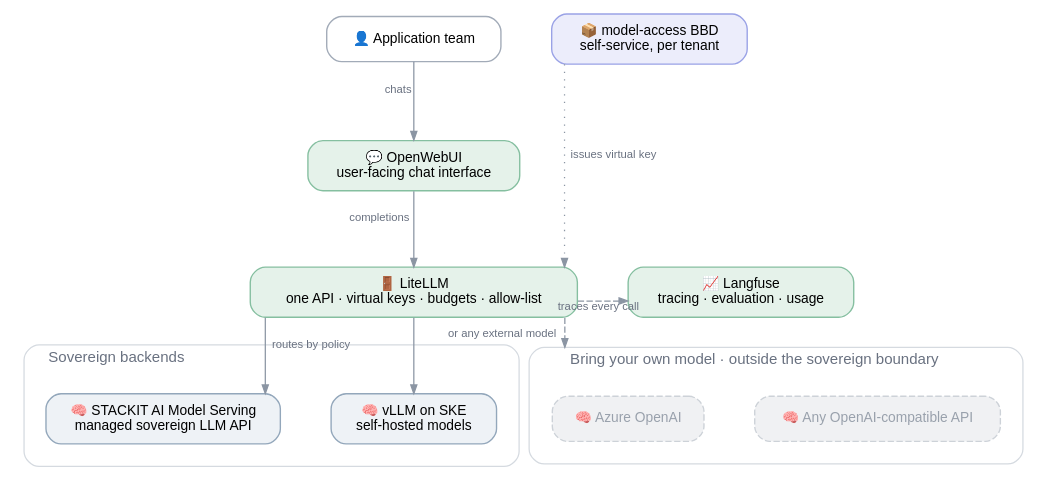
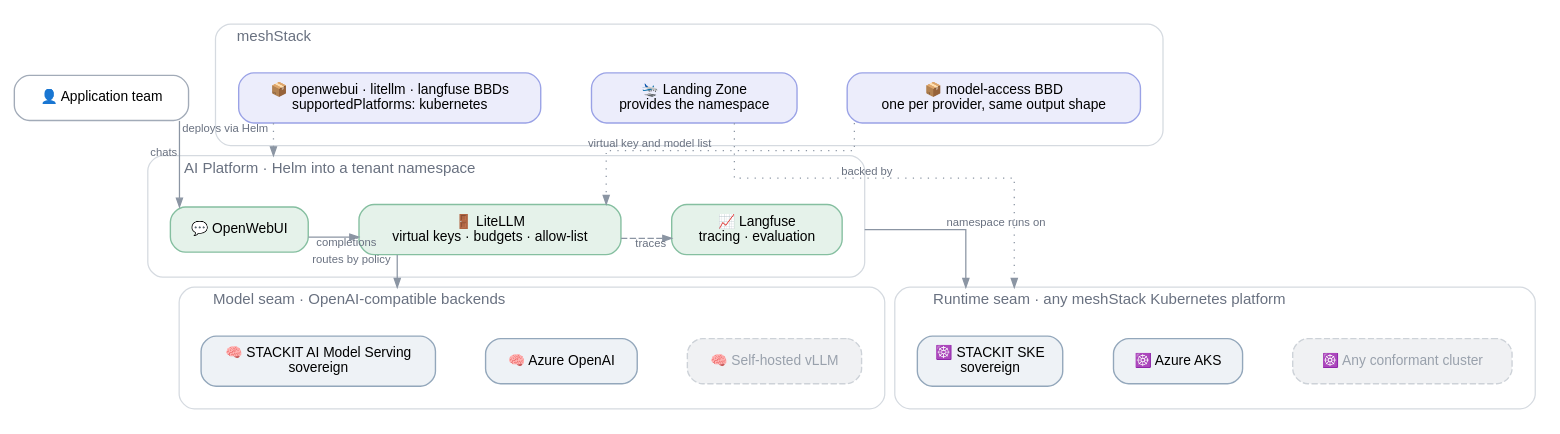
The diagram in reference-architectures/stackit-ai/stackit-ai-pluggable.dot (meshcloud/meshstack-hub), drawn with Graphviz before and after one commit. The commit also changed 4 other files, not shown here.

First line of the commit message:
feat(ref-arch): add pluggability seams and one-click delivery model

```diff
--- a/reference-architectures/stackit-ai/stackit-ai-pluggable.dot
+++ b/reference-architectures/stackit-ai/stackit-ai-pluggable.dot
@@ -1,62 +1,90 @@
 /*
- * Variant under discussion: the same gateway with pluggable model backends (bring your own model).
+ * Variant under discussion: two pluggable seams — the Kubernetes platform whose landing zone
+ * provides the namespace, and the model backends LiteLLM routes to.
  * Conventions: .agents/references/diagrams.md — render with: task diagrams
  */
 digraph stackit_ai_pluggable {
   rankdir=TB
   compound=true
   splines=ortho
   forcelabels=true
   bgcolor="white"
   nodesep=0.55
   ranksep=0.85
 
   node [shape=box style="rounded,filled" fontname="Helvetica" fontsize=11
         fillcolor="#ffffff" color="#a2abb8" penwidth=1.1 margin="0.20,0.11"]
   edge [fontname="Helvetica" fontsize=9 fontcolor="#697180" color="#8b95a3" arrowsize=0.7]
 
-  USER     [label="👤 Application team" fillcolor="#ffffff" color="#a2abb8"]
-  WEBUI    [label="💬 OpenWebUI\nuser-facing chat interface" fillcolor="#e5f2ea" color="#85bfa0"]
-  LITELLM  [label="🚪 LiteLLM\none API · virtual keys · budgets · allow-list" fillcolor="#e5f2ea" color="#85bfa0"]
-  LANGFUSE [label="📈 Langfuse\ntracing · evaluation · usage" fillcolor="#e5f2ea" color="#85bfa0"]
-  BBD_M    [label="📦 model-access BBD\nself-service, per tenant" fillcolor="#ecedfb" color="#9aa2e6"]
+  USER [label="👤 Application team" fillcolor="#ffffff" color="#a2abb8"]
 
-  { rank=same; LITELLM -> LANGFUSE [style=invis] }
-
-  USER    -> WEBUI    [xlabel="chats"]
-  WEBUI   -> LITELLM  [xlabel="completions"]
-  LITELLM -> LANGFUSE [xlabel="traces every call" style=dashed constraint=false]
-  BBD_M   -> LITELLM  [xlabel="issues virtual key" style=dotted constraint=false]
-
-  subgraph cluster_sovereign {
-    label="  Sovereign backends"
+  subgraph cluster_mesh {
+    label="  meshStack"
     labeljust=l
     fontname="Helvetica" fontsize=12 fontcolor="#697180"
     style="rounded" color="#d5dae0"
     margin=18
 
-    MODEL [label="🧠 STACKIT AI Model Serving\nmanaged sovereign LLM API" fillcolor="#eef2f6" color="#93a7bb"]
-    VLLM  [label="🧠 vLLM on SKE\nself-hosted models" fillcolor="#eef2f6" color="#93a7bb"]
+    BBD_COMP  [label="📦 openwebui · litellm · langfuse BBDs\nsupportedPlatforms: kubernetes" fillcolor="#ecedfb" color="#9aa2e6"]
+    LZ        [label="🛬 Landing Zone\nprovides the namespace" fillcolor="#ecedfb" color="#9aa2e6"]
+    BBD_MODEL [label="📦 model-access BBD\none per provider, same output shape" fillcolor="#ecedfb" color="#9aa2e6"]
 
-    { rank=same; MODEL -> VLLM [style=invis] }
+    { rank=same; BBD_COMP -> LZ -> BBD_MODEL [style=invis] }
   }
 
-  subgraph cluster_byom {
-    label="  Bring your own model · outside the sovereign boundary"
+  subgraph cluster_platform {
+    label="  AI Platform · Helm into a tenant namespace"
     labeljust=l
     fontname="Helvetica" fontsize=12 fontcolor="#697180"
     style="rounded" color="#d5dae0"
     margin=18
 
-    AZURE [label="🧠 Azure OpenAI"
-           fillcolor="#f0f1f3" color="#cdd2d8" fontcolor="#99a1ac" style="rounded,filled,dashed"]
-    OTHER [label="🧠 Any OpenAI-compatible API"
-           fillcolor="#f0f1f3" color="#cdd2d8" fontcolor="#99a1ac" style="rounded,filled,dashed"]
+    WEBUI    [label="💬 OpenWebUI" fillcolor="#e5f2ea" color="#85bfa0"]
+    LITELLM  [label="🚪 LiteLLM\nvirtual keys · budgets · allow-list" fillcolor="#e5f2ea" color="#85bfa0"]
+    LANGFUSE [label="📈 Langfuse\ntracing · evaluation" fillcolor="#e5f2ea" color="#85bfa0"]
 
-    { rank=same; AZURE -> OTHER [style=invis] }
+    { rank=same; WEBUI -> LITELLM -> LANGFUSE [style=invis] }
+
+    WEBUI   -> LITELLM  [xlabel="completions"]
+    LITELLM -> LANGFUSE [xlabel="traces" style=dashed constraint=false]
   }
 
-  LITELLM -> MODEL [xlabel="routes by policy"]
-  LITELLM -> VLLM
-  LITELLM -> AZURE [xlabel="or any external model" lhead=cluster_byom style=dashed]
+  subgraph cluster_runtime {
+    label="  Runtime seam · any meshStack Kubernetes platform"
+    labeljust=l
+    fontname="Helvetica" fontsize=12 fontcolor="#697180"
+    style="rounded" color="#d5dae0"
+    margin=18
+
+    SKE    [label="☸️ STACKIT SKE\nsovereign" fillcolor="#eef2f6" color="#93a7bb"]
+    AKS    [label="☸️ Azure AKS" fillcolor="#eef2f6" color="#93a7bb"]
+    ANYK8S [label="☸️ Any conformant cluster"
+            fillcolor="#f0f1f3" color="#cdd2d8" fontcolor="#99a1ac" style="rounded,filled,dashed"]
+
+    { rank=same; SKE -> AKS -> ANYK8S [style=invis] }
+  }
+
+  subgraph cluster_models {
+    label="  Model seam · OpenAI-compatible backends"
+    labeljust=l
+    fontname="Helvetica" fontsize=12 fontcolor="#697180"
+    style="rounded" color="#d5dae0"
+    margin=18
+
+    STACKITM [label="🧠 STACKIT AI Model Serving\nsovereign" fillcolor="#eef2f6" color="#93a7bb"]
+    AZUREM   [label="🧠 Azure OpenAI" fillcolor="#eef2f6" color="#93a7bb"]
+    VLLM     [label="🧠 Self-hosted vLLM"
+              fillcolor="#f0f1f3" color="#cdd2d8" fontcolor="#99a1ac" style="rounded,filled,dashed"]
+
+    { rank=same; STACKITM -> AZUREM -> VLLM [style=invis] }
+  }
+
+  USER -> WEBUI [xlabel="chats"]
+
+  BBD_COMP  -> WEBUI    [xlabel="deploys via Helm" style=dotted lhead=cluster_platform]
+  LZ        -> SKE      [xlabel="backed by" style=dotted lhead=cluster_runtime constraint=false]
+  BBD_MODEL -> LITELLM  [xlabel="virtual key and model list" style=dotted constraint=false]
+
+  LANGFUSE -> SKE      [xlabel="namespace runs on" ltail=cluster_platform lhead=cluster_runtime]
+  LITELLM  -> STACKITM [xlabel="routes by policy" lhead=cluster_models]
 }
```
